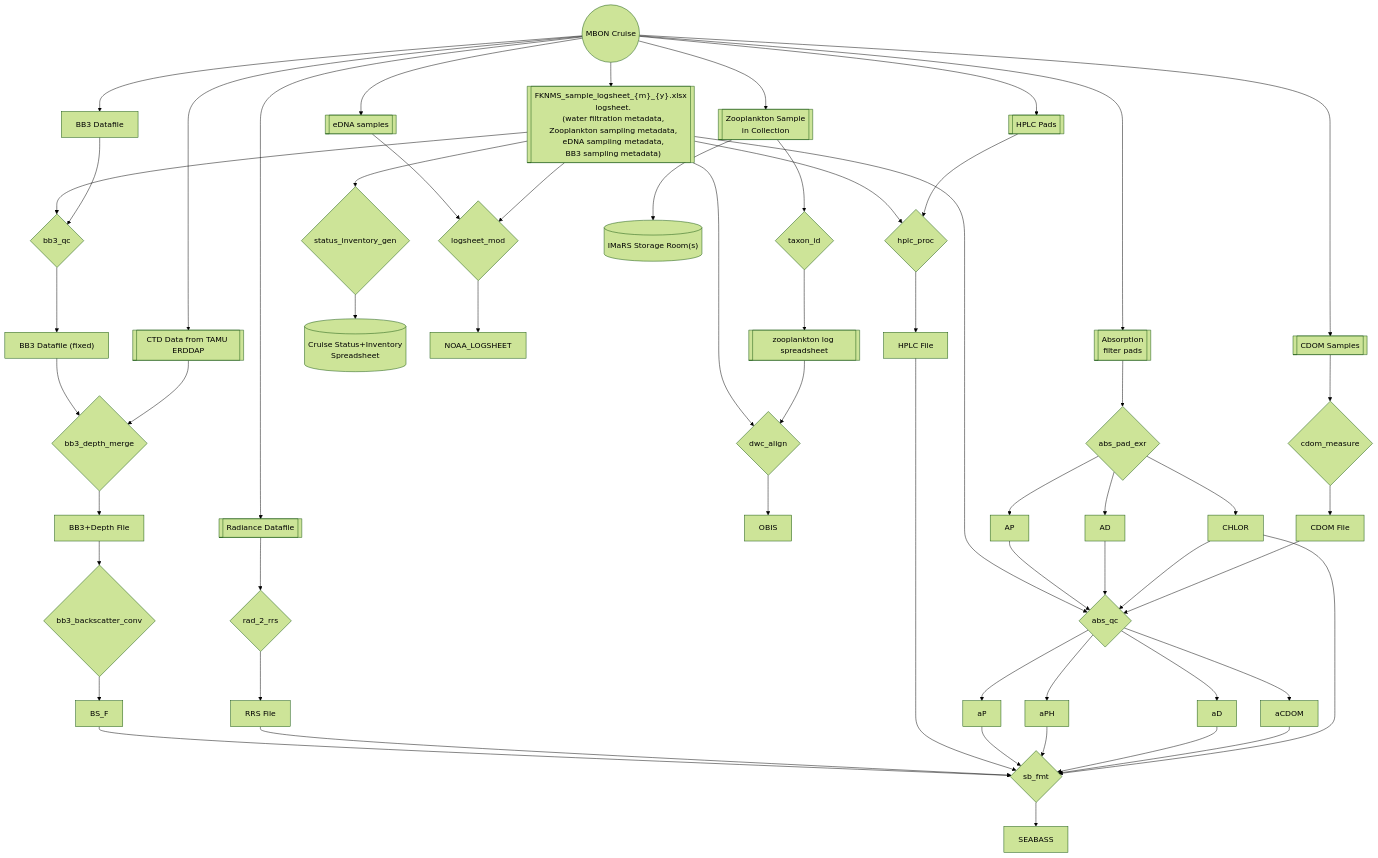
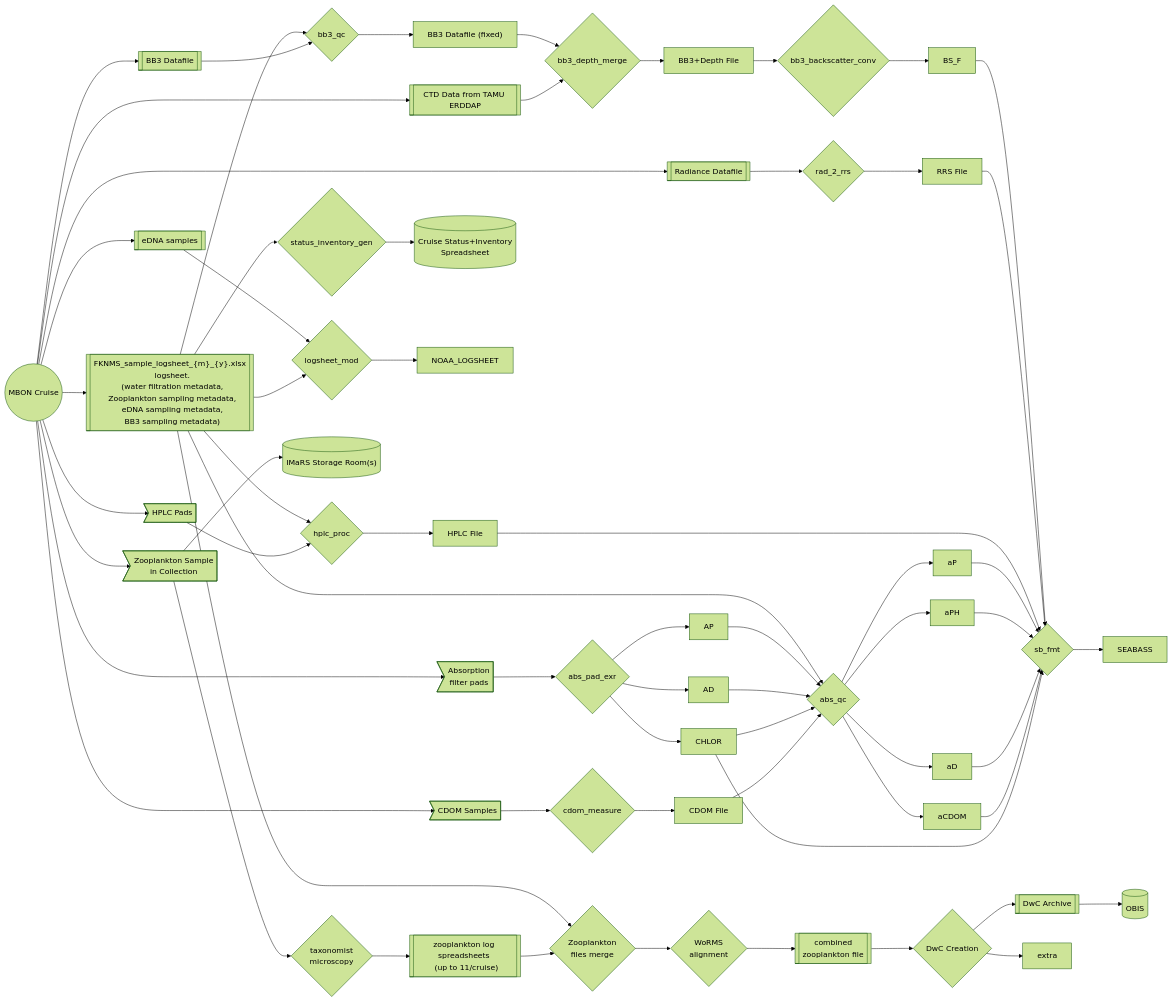
Before and after one commit to USF-IMARS/data-docs: the diagram in raw_data_collection_event_types/MBON_cruises/README.md, drawn with Mermaid (forest theme).

Commit message:
update zooplankton section

````diff
--- a/raw_data_collection_event_types/MBON_cruises/README.md
+++ b/raw_data_collection_event_types/MBON_cruises/README.md
@@ -35,17 +35,20 @@
 ```mermaid
-graph TD
+graph LR
 
 CRUISE((MBON Cruise))
 
 %% === cruise outputs:
-CRUISE --> HPLC[[HPLC Pads]]
-CRUISE --> ZOO[[Zooplankton Sample \n in Collection]]
-CRUISE --> PADS[[Absorption \n filter pads]]
-CRUISE --> CDOM[[CDOM Samples]]
-CRUISE --> BB3[BB3 Datafile]
+%% === cruise outputs:
+%% physical samples
+CRUISE --> HPLC>HPLC Pads]
+CRUISE --> ZOO>Zooplankton Sample \n in Collection]
+CRUISE --> PADS>Absorption \n filter pads]
+CRUISE --> CDOM>CDOM Samples]
+CRUISE --> eDNA>eDNA samples]
+%% data files
+CRUISE --> BB3[[BB3 Datafile]]
 CRUISE --> RAD[[Radiance Datafile]]
 CRUISE --> CTD_DEPTH[[CTD Data from TAMU ERDDAP]]
-CRUISE --> eDNA
 CRUISE --> LOGSHEET[["
   FKNMS_sample_logsheet_{m}_{y}.xlsx
   logsheet.
@@ -91,14 +94,18 @@
   --> SEABASS
 
 %% === zooplankton pipeline
-ZOO --> TAXIZE{taxon_id}
-TAXIZE --> ZOO_LOG[[zooplankton log spreadsheet]]
-LOGSHEET --> DWC
-ZOO_LOG --> DWC{dwc_align}
-DWC --> OBIS
+ZOO --> TAXIZE{taxonomist \n microscopy}
+TAXIZE --> ZOO_LOG[["zooplankton log spreadsheets \n (up to 11/cruise)"]]
+LOGSHEET --> ZOO_MERGE{Zooplankton \n files merge}
+ZOO_LOG --> ZOO_MERGE
+ZOO_MERGE --> WORMS_ALIGN{WoRMS \n alignment}
+WORMS_ALIGN --> ZOO_COMBINED[[combined \n zooplankton file]]
+ZOO_COMBINED --> DWC_CREATE{DwC Creation}
+DWC_CREATE --> DWC[[DwC Archive]] --> OBIS[(OBIS)]
+DWC_CREATE --> extra
 ZOO --> STORE[("IMaRS Storage Room(s)")]
 
-%% Absorption filter pad + CDOM pipeline
+%% === Absorption filter pad + CDOM pipeline
 PADS --> PAD_EXTRACT{abs_pad_exr}
 PAD_EXTRACT --> AP
 PAD_EXTRACT --> AD
````
